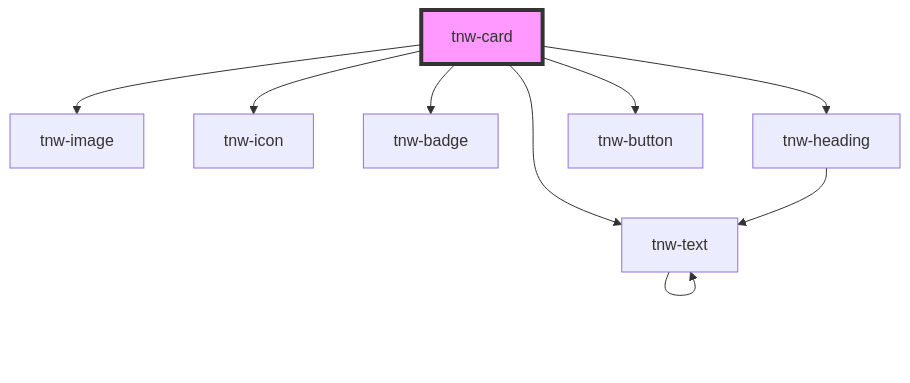
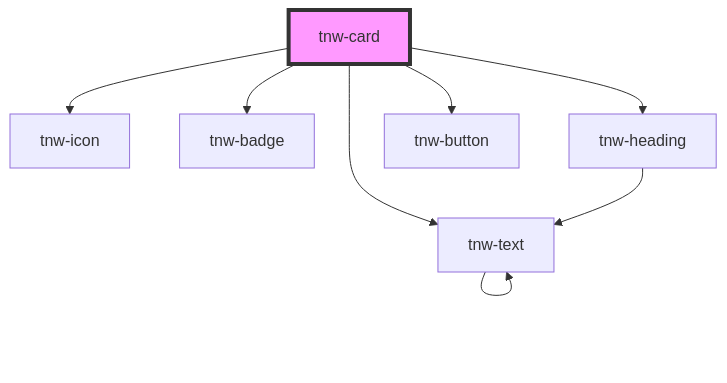
The diagram in packages/stencil-library/src/components/tnw-card/readme.md (technway/technway-component-library), drawn with Mermaid before and after one commit. The commit also changed other lines of this file and 8 other files, not shown here.

````diff
--- a/packages/stencil-library/src/components/tnw-card/readme.md
+++ b/packages/stencil-library/src/components/tnw-card/readme.md
@@ -137,12 +136,11 @@
 ```mermaid
 graph TD;
-  tnw-card --> tnw-image
   tnw-card --> tnw-icon
   tnw-card --> tnw-text
   tnw-card --> tnw-badge
   tnw-card --> tnw-heading
   tnw-card --> tnw-button
   tnw-text --> tnw-text
   tnw-heading --> tnw-text
   style tnw-card fill:#f9f,stroke:#333,stroke-width:4px
 ```
````
